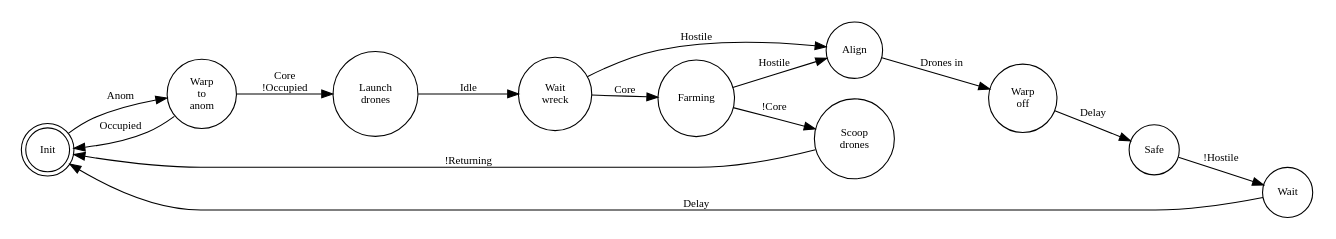
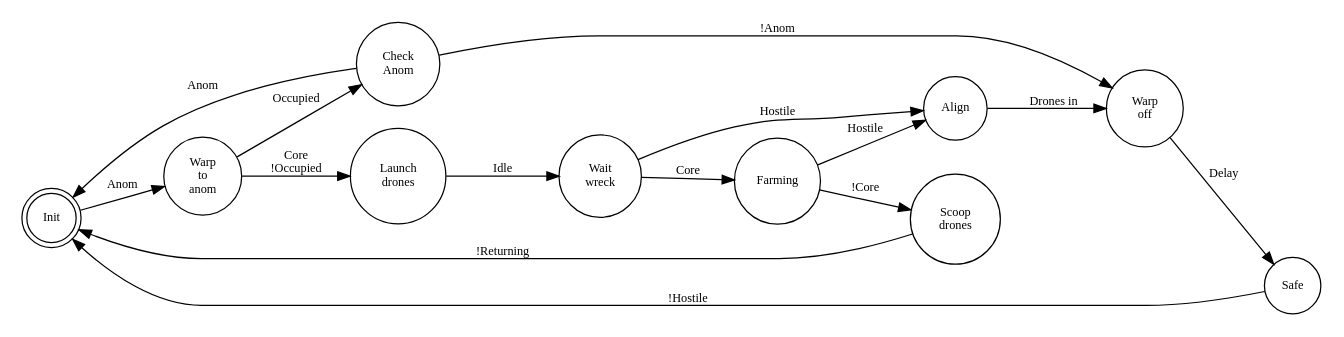
One commit to lfiack/glados changed the diagram in sandbox/fsm/graphviz/vni.gv. Above: the diagram before and after it, drawn with Graphviz. The commit also changed 5 other files, not shown here.

```diff
--- a/sandbox/fsm/graphviz/vni.gv
+++ b/sandbox/fsm/graphviz/vni.gv
@@ -1,60 +1,63 @@
 /* Bot doing Serpentis Forsaken Rally Point in an Cap-stable active VNI
  * Starts undocked with all modules running
  */
 
 digraph finite_state_machine {
     rankdir=LR;
     size="8,5"
 
 /* Nodes definition */
     node [shape = doublecircle, label="Init", fontsize=10] Init;
 	// Find "Forsaken Rally Point"
 	// Click "Warp"
 	// Left click "Forsaken Rally Point"
 	// Click "Ignore Result"
     node [shape = circle, label="Warp\nto\nanom", fontsize=10] Warp_to_anom;
 	// Find "Core"
     node [shape = circle, label="Launch\ndrones", fontsize=10] Launch_drones;
 	// Left click "Drones in Bay"
 	// Click "Launch Drones"
 	// Find "Idle"
 	// Loop if false
     node [shape = circle, label="Wait\nwreck", fontsize=10] Wait_wreck;
 	// Click "misc."
 	// Find "Core"
 	// Click "Core"
 	// Click "Orbit"
 	// Click "main"
     node [shape = circle, label="Farming", fontsize=10] Farming;
 	// Find "Core"
     node [shape = circle, label="Scoop\ndrones", fontsize=10] Scoop_drones;
 	// Find "Returning"
 
     node [shape = circle, label="Align", fontsize=10] Align;
 	// Align and scoop drones
 	// Wait drones
     node [shape = circle, label="Warp\noff", fontsize=10] Warp_off;
 	// Right click in space
 	// Move to "safe"
 	// Left click "Warp to Location Within 0 m"
     node [shape = circle, label="Safe", fontsize=10] Safe;
 	// Wait 'til Hostile is gone
-    node [shape = circle, label="Wait", fontsize=10] Wait;
-	// Wait a few minutes
+
+    node [shape = circle, label="Check\nAnom", fontsize=10] Check_anom;
 	
 /* Transition definition */
     Init					-> Warp_to_anom		[ label = "Anom", fontsize=10 ]
-	Warp_to_anom			-> Init				[ label = "Occupied", fontsize=10 ]
+//	Warp_to_anom			-> Init				[ label = "Occupied", fontsize=10 ]
 	Warp_to_anom			-> Launch_drones	[ label = "Core\n!Occupied", fontsize=10 ]
 	Launch_drones			-> Wait_wreck		[ label = "Idle", fontsize=10 ]
 	Wait_wreck				-> Farming			[ label = "Core", fontsize=10 ]
 	Farming					-> Scoop_drones		[ label = "!Core", fontsize=10 ]
 	Scoop_drones			-> Init				[ label = "!Returning", fontsize=10 ]
 
+	Warp_to_anom			-> Check_anom		[ label = "Occupied", fontsize=10 ]
+	Check_anom 				-> Init				[ label = "Anom", fontsize=10 ]
+	Check_anom 				-> Warp_off			[ label = "!Anom", fontsize=10 ]
+
 	Wait_wreck				-> Align			[ label = "Hostile", fontsize=10 ]
 	Farming					-> Align			[ label = "Hostile", fontsize=10 ]
 	Align					-> Warp_off			[ label = "Drones in", fontsize=10 ]
 	Warp_off				-> Safe				[ label = "Delay", fontsize=10 ]
-	Safe					-> Wait				[ label = "!Hostile", fontsize=10 ]
-	Wait					-> Init				[ label = "Delay", fontsize=10 ]
+	Safe					-> Init				[ label = "!Hostile", fontsize=10 ]
 }
```
